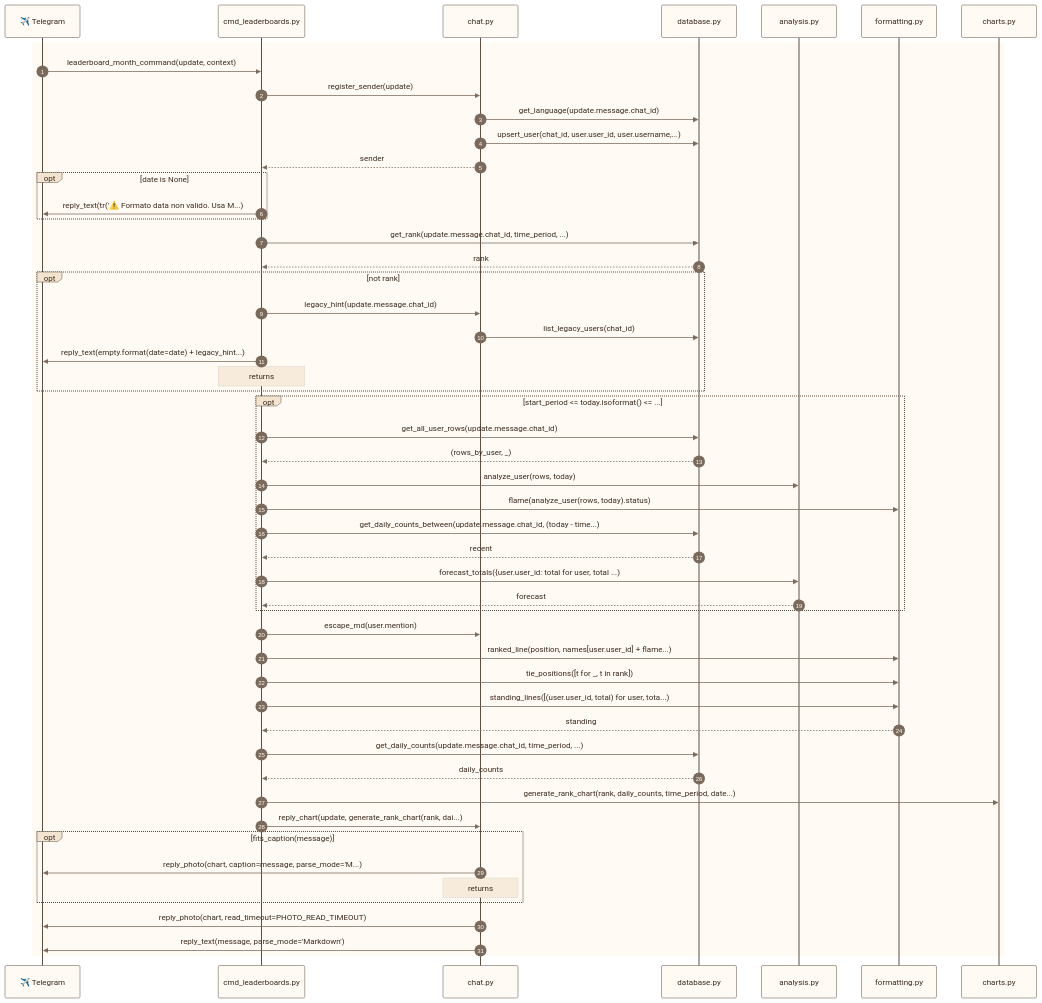
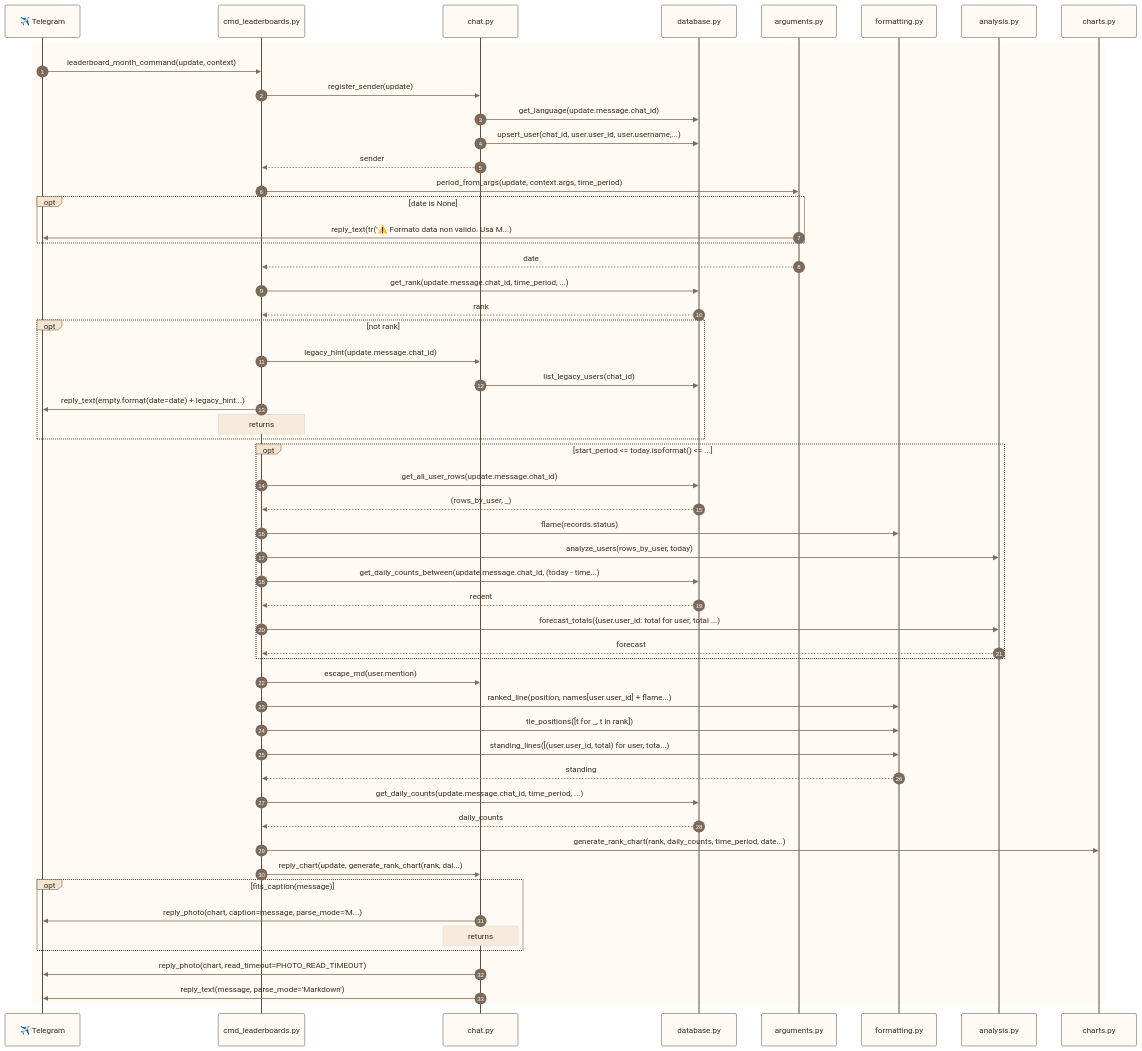
Before and after one commit to francescoperrino/Caccometro: the fourth of 42 diagrams in docs/use_cases.md, drawn with Mermaid. The commit also changed other lines of this file and 9 other files, not shown here.

```diff
--- a/docs/use_cases.md
+++ b/docs/use_cases.md
@@ -229,8 +233,9 @@
     participant cmd_leaderboards as cmd_leaderboards.py
     participant chat as chat.py
     participant database as database.py
+    participant arguments as arguments.py
+    participant formatting as formatting.py
     participant analysis as analysis.py
-    participant formatting as formatting.py
     participant charts as charts.py
     rect rgb(255, 250, 243)
         telegram->>cmd_leaderboards: leaderboard_month_command(update, context)
@@ -238,9 +243,11 @@
         chat->>database: get_language(update.message.chat_id)
         chat->>database: upsert_user(chat_id, user.user_id, user.username,...)
         chat-->>cmd_leaderboards: sender
+        cmd_leaderboards->>arguments: period_from_args(update, context.args, time_period)
         opt date is None
-            cmd_leaderboards->>telegram: reply_text(tr('⚠️ Formato data non valido. Usa M...)
+            arguments->>telegram: reply_text(tr('⚠️ Formato data non valido. Usa M...)
         end
+        arguments-->>cmd_leaderboards: date
         cmd_leaderboards->>database: get_rank(update.message.chat_id, time_period, ...)
         database-->>cmd_leaderboards: rank
         opt not rank
@@ -252,8 +259,8 @@
         opt start_period <= today.isoformat() <= ...
             cmd_leaderboards->>database: get_all_user_rows(update.message.chat_id)
             database-->>cmd_leaderboards: (rows_by_user, _)
-            cmd_leaderboards->>analysis: analyze_user(rows, today)
-            cmd_leaderboards->>formatting: flame(analyze_user(rows, today).status)
+            cmd_leaderboards->>formatting: flame(records.status)
+            cmd_leaderboards->>analysis: analyze_users(rows_by_user, today)
             cmd_leaderboards->>database: get_daily_counts_between(update.message.chat_id, (today - time...)
             database-->>cmd_leaderboards: recent
             cmd_leaderboards->>analysis: forecast_totals({user.user_id: total for user, total ...)
```
